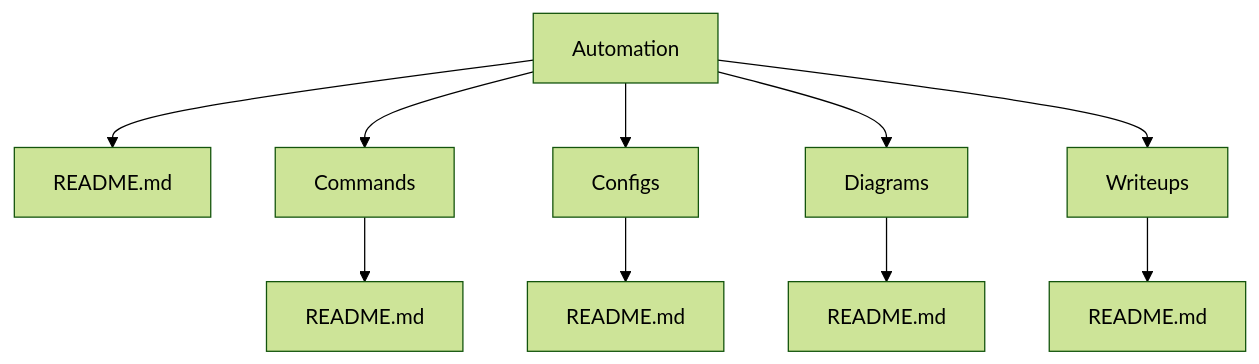
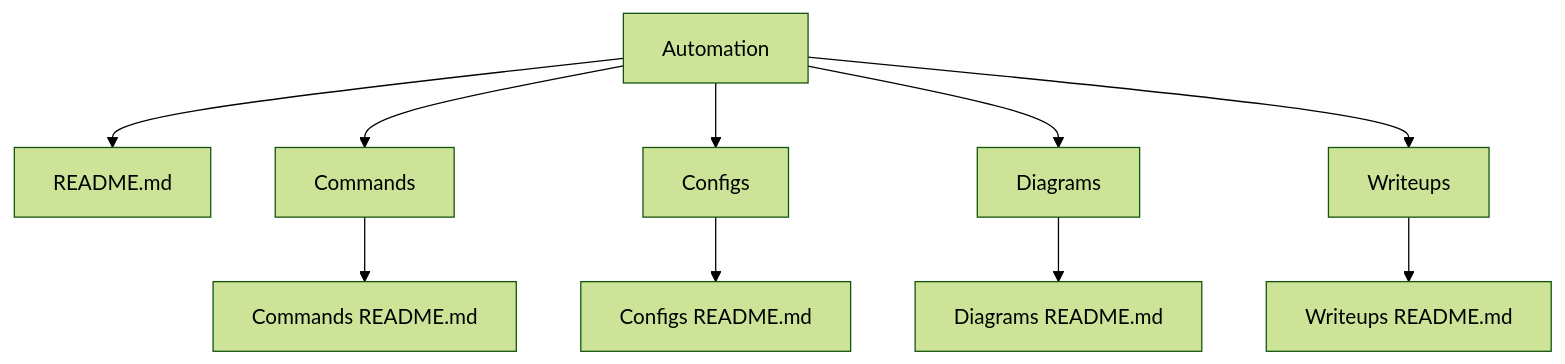
One commit to waltercalderonwork255-hue/SysAdmin-HomeLab changed the tenth of 10 diagrams in Automation/Diagrams.md. Above: the diagram before and after it, drawn with Mermaid (forest theme). The commit also changed other lines of this file, not shown here.

````diff
--- a/Automation/Diagrams.md
+++ b/Automation/Diagrams.md
@@ -246,13 +235,13 @@
 ```mermaid
 flowchart TD
-    A[Automation] --> B[README.md]
-    A --> C[Commands]
-    A --> D[Configs]
-    A --> E[Diagrams]
-    A --> F[Writeups]
+    A["Automation"] --> B["README.md"]
+    A --> C["Commands"]
+    A --> D["Configs"]
+    A --> E["Diagrams"]
+    A --> F["Writeups"]
 
-    C --> G[README.md]
-    D --> H[README.md]
-    E --> I[README.md]
-    F --> J[README.md]
+    C --> G["Commands README.md"]
+    D --> H["Configs README.md"]
+    E --> I["Diagrams README.md"]
+    F --> J["Writeups README.md"]
 ```
````
